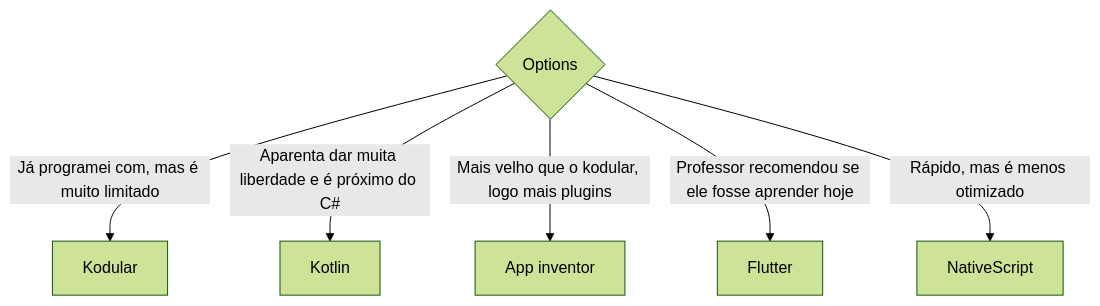
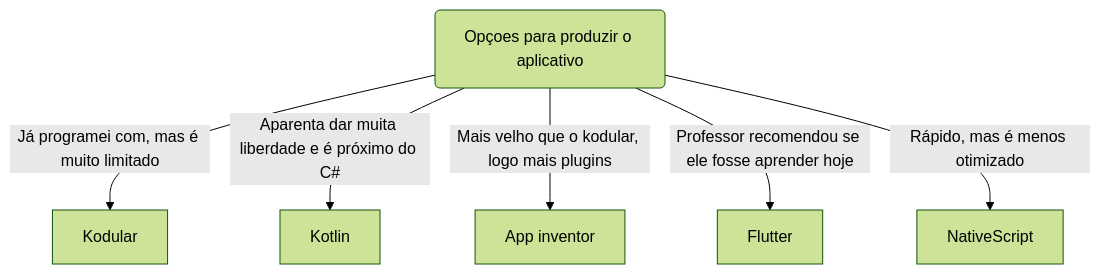
Before and after one commit to thiago-o-dev/Mathrizes: the diagram in README.md, drawn with Mermaid (forest theme).

Commit message:
fix flowchart4

````diff
--- a/README.md
+++ b/README.md
@@ -7,9 +7,9 @@
 ```mermaid
 flowchart TD
 
-A{Options} -->|Já programei com, mas é muito limitado| B[Kodular]
+A(Opçoes para produzir o aplicativo) -->|Já programei com, mas é muito limitado| B[Kodular]
 A -->|Aparenta dar muita liberdade e é próximo do C#| C[Kotlin]
 A -->|Mais velho que o kodular, logo mais plugins| D[App inventor]
 A -->|Professor recomendou se ele fosse aprender hoje| E[Flutter]
 A -->|Rápido, mas é menos otimizado| F[NativeScript]
 ```
````
